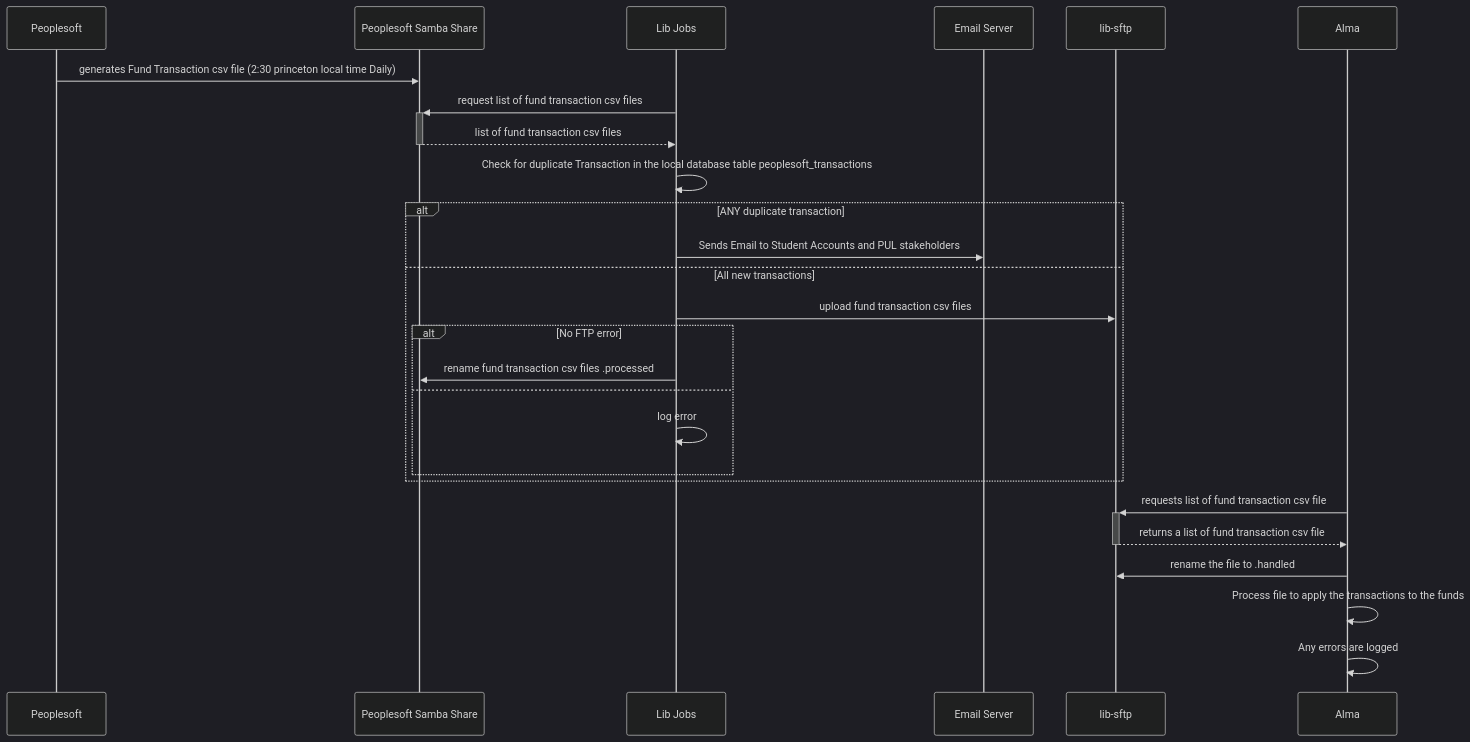
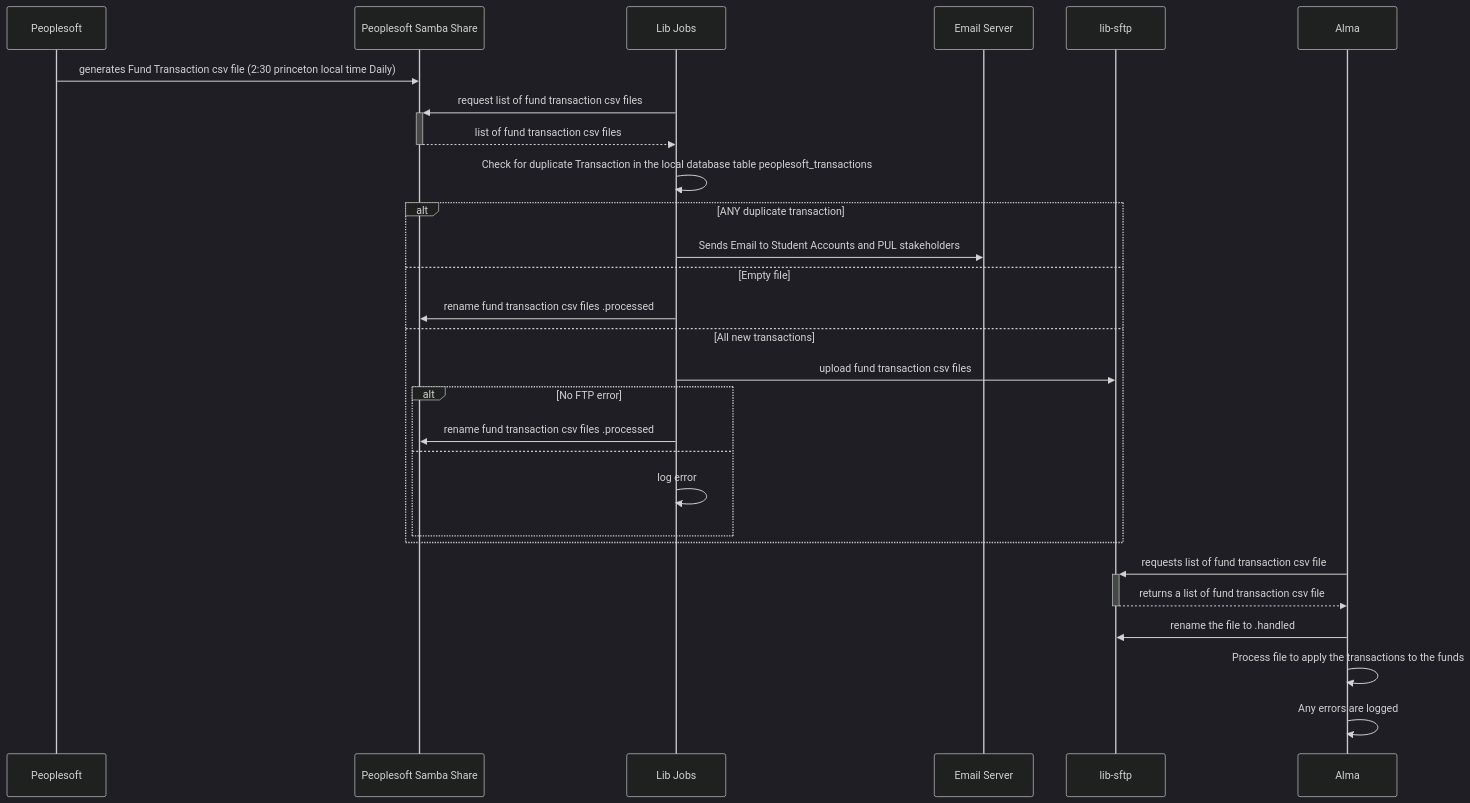
The diagram in docs/alma_fund_adjustment/README.md (pulibrary/lib_jobs), drawn with Mermaid (dark theme) before and after one commit.

Commit message:
Update documentation based on changed code

````diff
--- a/docs/alma_fund_adjustment/README.md
+++ b/docs/alma_fund_adjustment/README.md
@@ -7,22 +7,24 @@
 ```mermaid
 sequenceDiagram
     Peoplesoft->>Peoplesoft Samba Share: generates Fund Transaction csv file (2:30 princeton local time Daily)
     Lib Jobs->>+Peoplesoft Samba Share: request list of fund transaction csv files
     Peoplesoft Samba Share-->>-Lib Jobs: list of fund transaction csv files
     Lib Jobs->>Lib Jobs: Check for duplicate Transaction in the local database table peoplesoft_transactions
     alt ANY duplicate transaction    
       Lib Jobs->>Email Server: Sends Email to Student Accounts and PUL stakeholders
+    else Empty file
+      Lib Jobs->>Peoplesoft Samba Share: rename fund transaction csv files .processed
     else All new transactions
       Lib Jobs->>lib-sftp: upload fund transaction csv files
       alt No FTP error
       Lib Jobs->>Peoplesoft Samba Share: rename fund transaction csv files .processed
       else
         Lib Jobs->>Lib Jobs: log error
       end
     end
     Alma->>+lib-sftp: requests list of fund transaction csv file
     lib-sftp-->>-Alma: returns a list of fund transaction csv file
     Alma->>lib-sftp: rename the file to .handled
     Alma->>Alma: Process file to apply the transactions to the funds
     Alma->>Alma: Any errors are logged
 ```
````
